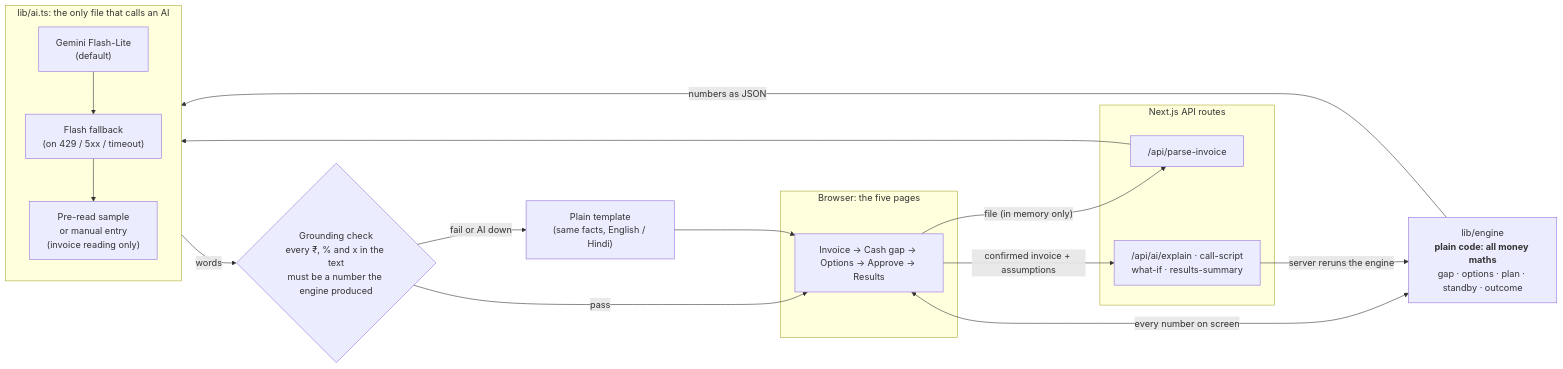
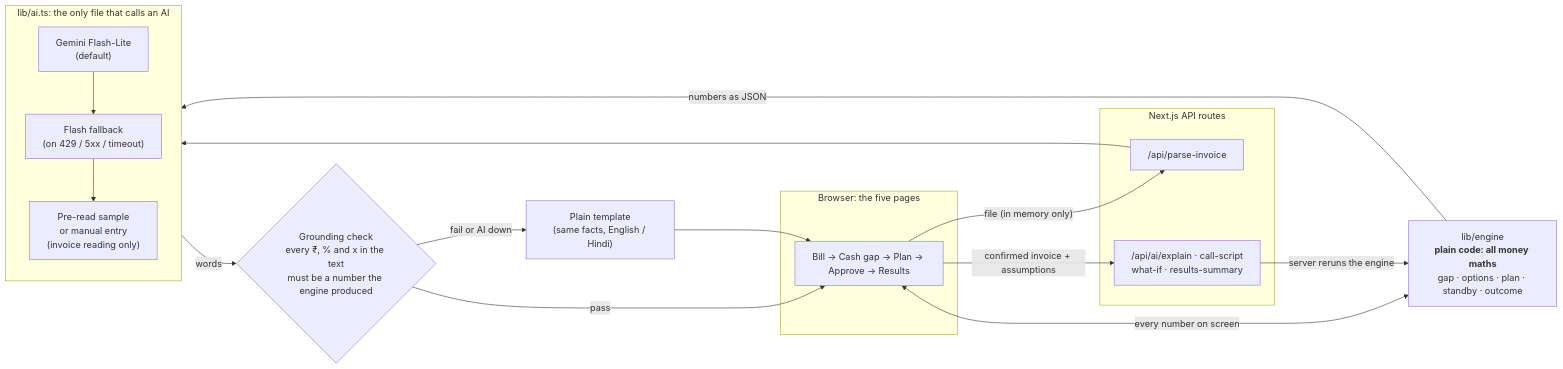
One commit to udishapandey/cash-gap-advisor changed the diagram in README.md. Above: the diagram before and after it, drawn with Mermaid. The commit also changed other lines of this file and 33 other files, not shown here.

````diff
--- a/README.md
+++ b/README.md
@@ -29,31 +29,31 @@
 ```mermaid
 flowchart LR
   subgraph Browser["Browser: the five pages"]
-    PG["Invoice → Cash gap → Options → Approve → Results"]
+    PG["Bill → Cash gap → Plan → Approve → Results"]
   end
 
   subgraph Server["Next.js API routes"]
     PI["/api/parse-invoice"]
     AR["/api/ai/explain · call-script<br/>what-if · results-summary"]
   end
 
   ENG["lib/engine<br/><b>plain code: all money maths</b><br/>gap · options · plan · standby · outcome"]
 
   subgraph AI["lib/ai.ts: the only file that calls an AI"]
     G1["Gemini Flash-Lite<br/>(default)"] --> G2["Flash fallback<br/>(on 429 / 5xx / timeout)"]
     G2 --> G3["Pre-read sample<br/>or manual entry<br/>(invoice reading only)"]
   end
 
   GC{"Grounding check<br/>every ₹, % and x in the text<br/>must be a number the engine produced"}
   TPL["Plain template<br/>(same facts, English / Hindi)"]
 
   PG -- "confirmed invoice + assumptions" --> AR
   PG -- "file (in memory only)" --> PI
   PG <-- "every number on screen" --> ENG
   PI --> AI
   AR -- "server reruns the engine" --> ENG
   ENG -- "numbers as JSON" --> AI
   AI -- "words" --> GC
   GC -- "pass" --> PG
   GC -- "fail or AI down" --> TPL --> PG
 ```
````
